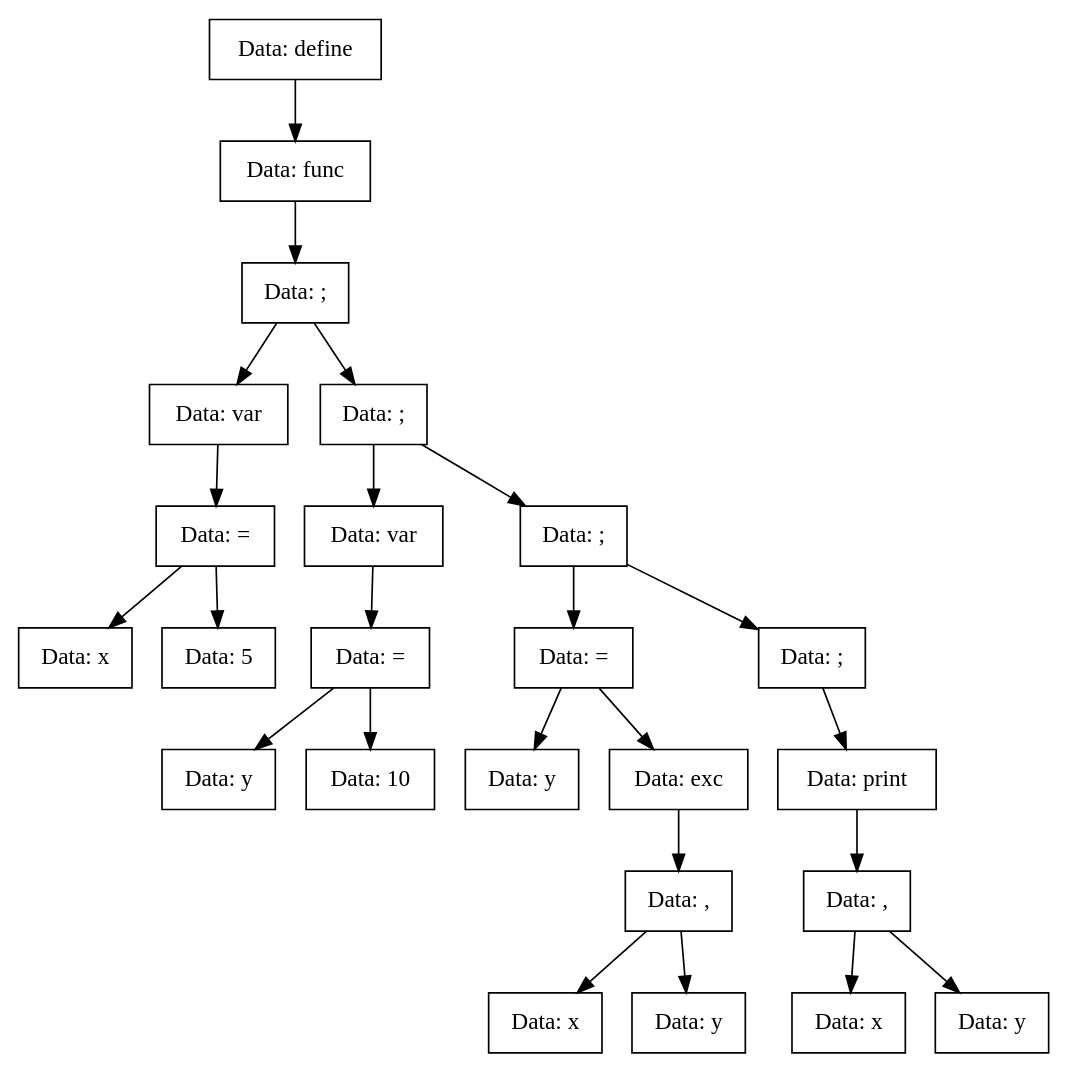
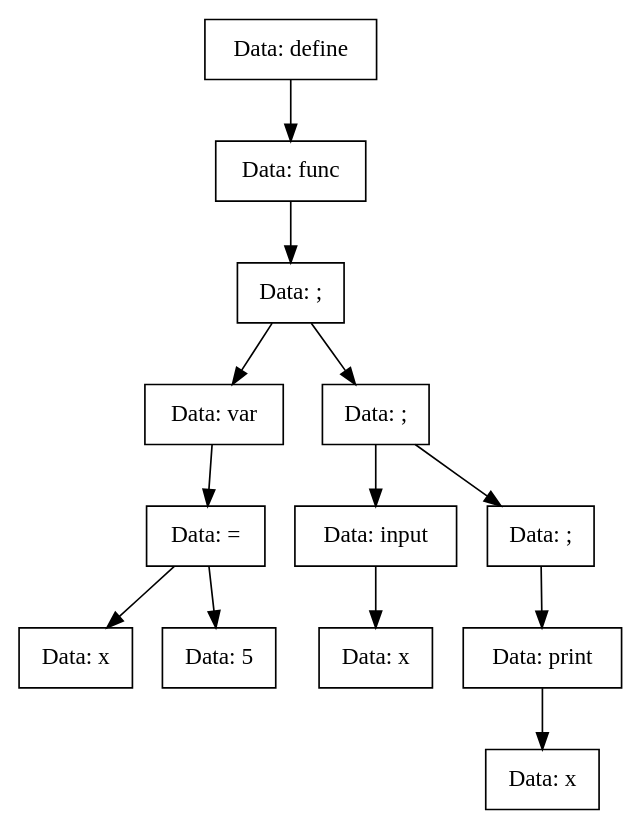
One commit to vorontsov-amd/Compiller changed the diagram in TreeDump/func-utf8.dot. Above: the diagram before and after it, drawn with Graphviz. The commit also changed 13 other files, not shown here.

```diff
--- a/TreeDump/func-utf8.dot
+++ b/TreeDump/func-utf8.dot
@@ -1,49 +1,27 @@
 digraph func{
-Node0x5641e3ba1ac0[shape="record", label="Data: define"];
-Node0x5641e3ba1b60[shape="record", label="Data: func"];
-Node0x5641e3ba1b10[shape="record", label="Data: ;"];
-Node0x5641e3ba18e0[shape="record", label="Data: var"];
-Node0x5641e3ba1930[shape="record", label="Data: ="];
-Node0x5641e3ba19d0[shape="record", label="Data: x"];
-Node0x5641e3ba1930->Node0x5641e3ba19d0;
-Node0x5641e3ba1980[shape="record", label="Data: 5"];
-Node0x5641e3ba1930->Node0x5641e3ba1980;
-Node0x5641e3ba18e0->Node0x5641e3ba1930;
-Node0x5641e3ba1b10->Node0x5641e3ba18e0;
-Node0x5641e3ba17f0[shape="record", label="Data: ;"];
-Node0x5641e3ba1e80[shape="record", label="Data: var"];
-Node0x5641e3ba1e30[shape="record", label="Data: ="];
-Node0x5641e3ba1de0[shape="record", label="Data: y"];
-Node0x5641e3ba1e30->Node0x5641e3ba1de0;
-Node0x5641e3ba1bb0[shape="record", label="Data: 10"];
-Node0x5641e3ba1e30->Node0x5641e3ba1bb0;
-Node0x5641e3ba1e80->Node0x5641e3ba1e30;
-Node0x5641e3ba17f0->Node0x5641e3ba1e80;
-Node0x5641e3ba1a20[shape="record", label="Data: ;"];
-Node0x5641e3ba1890[shape="record", label="Data: ="];
-Node0x5641e3ba1840[shape="record", label="Data: y"];
-Node0x5641e3ba1890->Node0x5641e3ba1840;
-Node0x5641e3ba1f20[shape="record", label="Data: exc"];
-Node0x5641e3ba1c50[shape="record", label="Data: ,"];
-Node0x5641e3ba1d40[shape="record", label="Data: x"];
-Node0x5641e3ba1c50->Node0x5641e3ba1d40;
-Node0x5641e3ba1d90[shape="record", label="Data: y"];
-Node0x5641e3ba1c50->Node0x5641e3ba1d90;
-Node0x5641e3ba1f20->Node0x5641e3ba1c50;
-Node0x5641e3ba1890->Node0x5641e3ba1f20;
-Node0x5641e3ba1a20->Node0x5641e3ba1890;
-Node0x5641e3ba1cf0[shape="record", label="Data: ;"];
-Node0x5641e3ba1ca0[shape="record", label="Data: print"];
-Node0x5641e3ba1c00[shape="record", label="Data: ,"];
-Node0x5641e3ba1ed0[shape="record", label="Data: x"];
-Node0x5641e3ba1c00->Node0x5641e3ba1ed0;
-Node0x5641e3ba1a70[shape="record", label="Data: y"];
-Node0x5641e3ba1c00->Node0x5641e3ba1a70;
-Node0x5641e3ba1ca0->Node0x5641e3ba1c00;
-Node0x5641e3ba1cf0->Node0x5641e3ba1ca0;
-Node0x5641e3ba1a20->Node0x5641e3ba1cf0;
-Node0x5641e3ba17f0->Node0x5641e3ba1a20;
-Node0x5641e3ba1b10->Node0x5641e3ba17f0;
-Node0x5641e3ba1b60->Node0x5641e3ba1b10;
-Node0x5641e3ba1ac0->Node0x5641e3ba1b60;
+Node0x55e41991c400[shape="record", label="Data: define"];
+Node0x55e41991c2c0[shape="record", label="Data: func"];
+Node0x55e41991c310[shape="record", label="Data: ;"];
+Node0x55e41991c130[shape="record", label="Data: var"];
+Node0x55e41991c180[shape="record", label="Data: ="];
+Node0x55e41991c220[shape="record", label="Data: x"];
+Node0x55e41991c180->Node0x55e41991c220;
+Node0x55e41991c1d0[shape="record", label="Data: 5"];
+Node0x55e41991c180->Node0x55e41991c1d0;
+Node0x55e41991c130->Node0x55e41991c180;
+Node0x55e41991c310->Node0x55e41991c130;
+Node0x55e41991c040[shape="record", label="Data: ;"];
+Node0x55e41991c3b0[shape="record", label="Data: input"];
+Node0x55e41991c360[shape="record", label="Data: x"];
+Node0x55e41991c3b0->Node0x55e41991c360;
+Node0x55e41991c040->Node0x55e41991c3b0;
+Node0x55e41991c270[shape="record", label="Data: ;"];
+Node0x55e41991c0e0[shape="record", label="Data: print"];
+Node0x55e41991c090[shape="record", label="Data: x"];
+Node0x55e41991c0e0->Node0x55e41991c090;
+Node0x55e41991c270->Node0x55e41991c0e0;
+Node0x55e41991c040->Node0x55e41991c270;
+Node0x55e41991c310->Node0x55e41991c040;
+Node0x55e41991c2c0->Node0x55e41991c310;
+Node0x55e41991c400->Node0x55e41991c2c0;
 }
```
